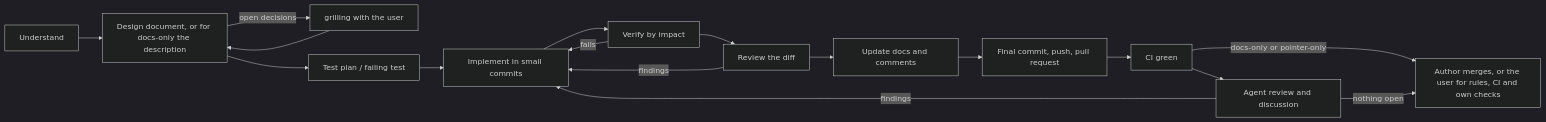
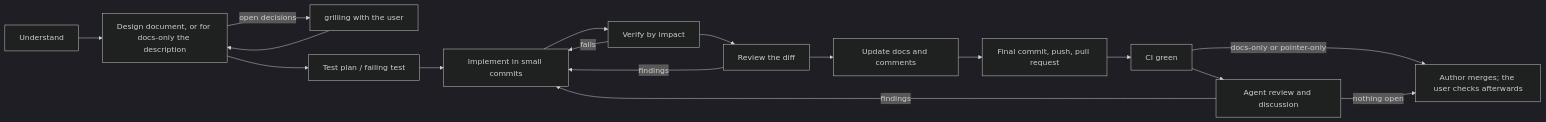
The first of 3 diagrams in docs/workflow.md (SMB-M87/Kinetra), drawn with Mermaid (dark theme) before and after one commit. The commit also changed other lines of this file and 9 other files, not shown here.

First line of the commit message:
docs(agents): review access, and the author merges every change

````diff
--- a/docs/workflow.md
+++ b/docs/workflow.md
@@ -25,19 +25,19 @@
 ```mermaid
 flowchart LR
     U[Understand] --> D[Design document, or for docs-only the description]
     D -->|open decisions| G[grilling with the user]
     G --> D
     D --> T[Test plan / failing test]
     T --> I[Implement in small commits]
     I --> V[Verify by impact]
     V -->|fails| I
     V --> R[Review the diff]
     R -->|findings| I
     R --> Doc[Update docs and comments]
     Doc --> C[Final commit, push, pull request]
     C --> CI[CI green]
     CI -->|docs-only or pointer-only| M
     CI --> AR[Agent review and discussion]
     AR -->|findings| I
-    AR -->|nothing open| M[Author merges, or the user for rules, CI and own checks]
+    AR -->|nothing open| M[Author merges; the user checks afterwards]
 ```
````
